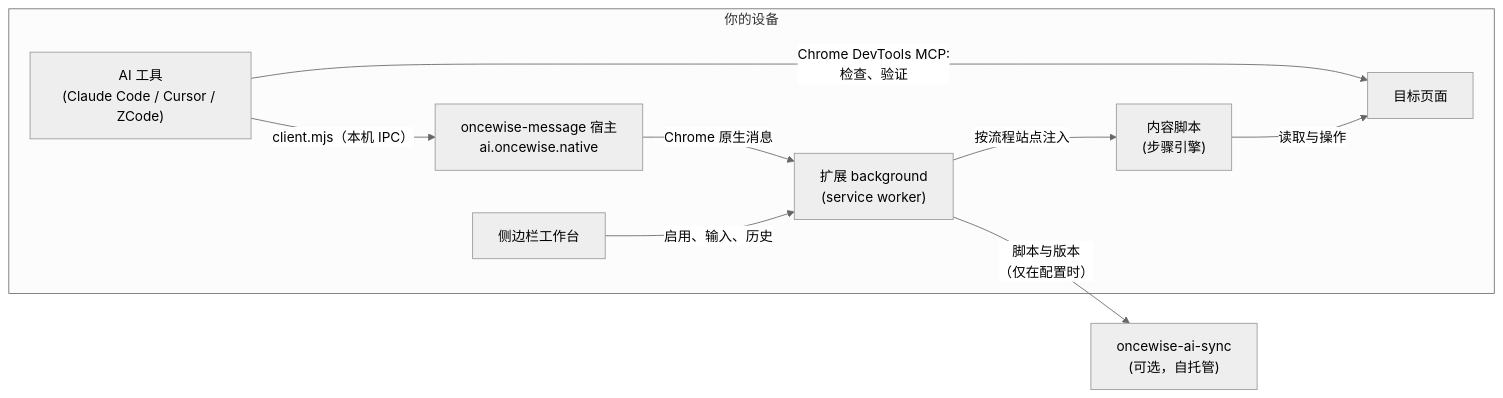
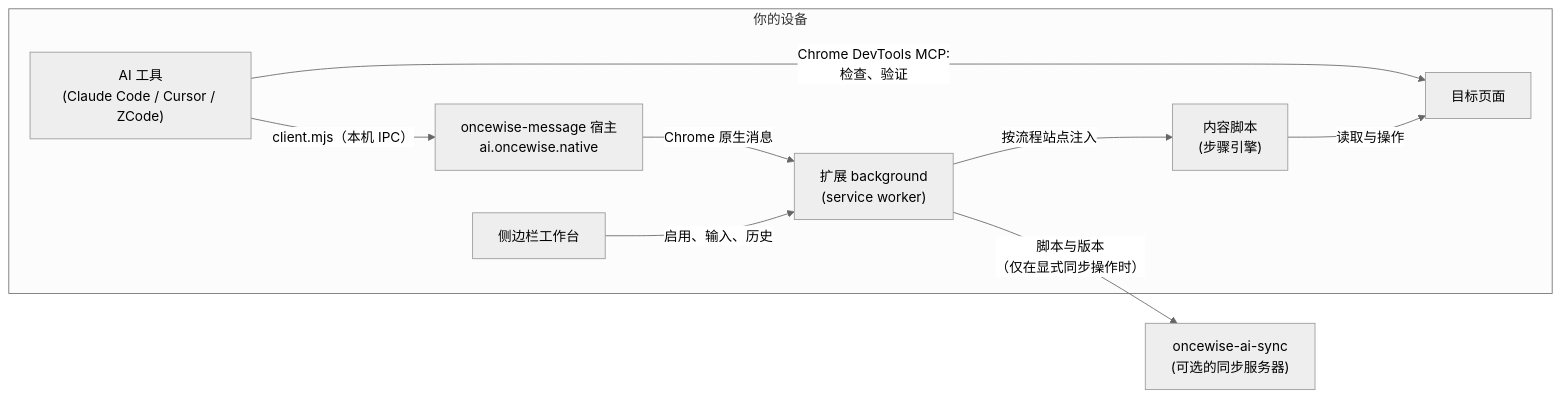
One commit to timzaak/OnceWise changed the diagram in docs-web/content/docs/zh/architecture.mdx. Above: the diagram before and after it, drawn with Mermaid (neutral theme). The commit also changed other lines of this file and 27 other files, not shown here.

````diff
--- a/docs-web/content/docs/zh/architecture.mdx
+++ b/docs-web/content/docs/zh/architecture.mdx
@@ -8,20 +8,20 @@
 ```mermaid
 flowchart LR
   subgraph device["你的设备"]
     agent["AI 工具<br/>(Claude Code / Cursor / ZCode)"]
     host["oncewise-message 宿主<br/>ai.oncewise.native"]
     bg["扩展 background<br/>(service worker)"]
     sp["侧边栏工作台"]
     ct["内容脚本<br/>(步骤引擎)"]
     page["目标页面"]
   end
-  sync["oncewise-ai-sync<br/>(可选，自托管)"]
+  sync["oncewise-ai-sync<br/>(可选的同步服务器)"]
 
   agent -- "Chrome DevTools MCP:<br/>检查、验证" --> page
   agent -- "client.mjs（本机 IPC）" --> host
   host -- "Chrome 原生消息" --> bg
   bg -- "按流程站点注入" --> ct
   ct -- "读取与操作" --> page
   sp -- "启用、输入、历史" --> bg
-  bg -- "脚本与版本<br/>（仅在配置时）" --> sync
+  bg -- "脚本与版本<br/>（仅在显式同步操作时）" --> sync
 ```
````
